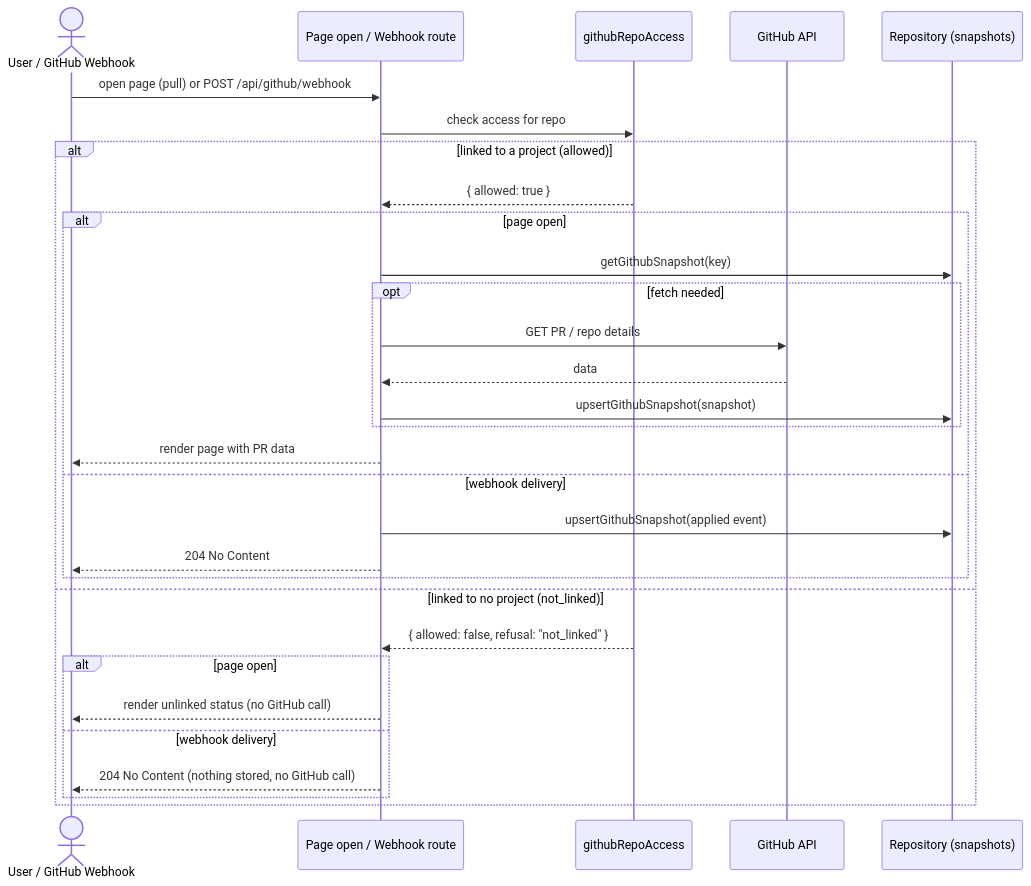
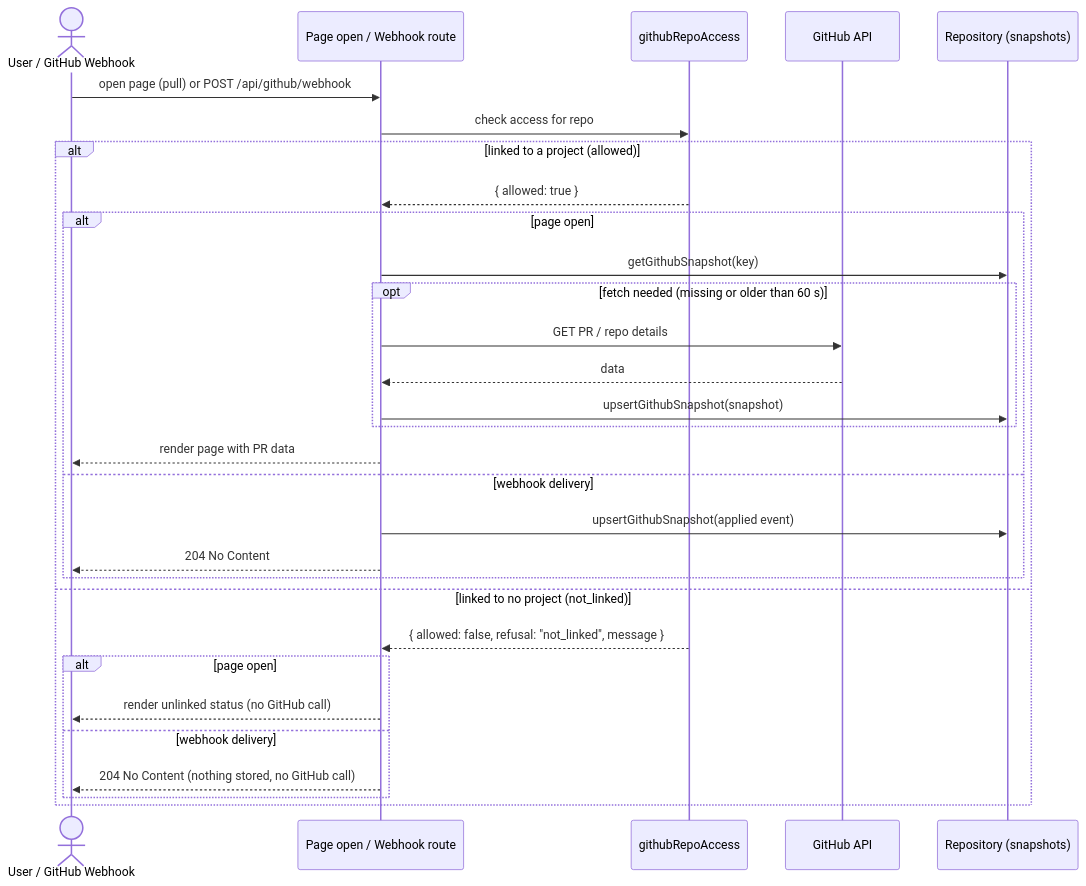
Before and after one commit to nnminh-sam/my-pm-agent: the second of 3 diagrams in docs/features/personal-only/sequences.md, drawn with Mermaid. The commit also changed other lines of this file and 3 other files, not shown here.

````diff
--- a/docs/features/personal-only/sequences.md
+++ b/docs/features/personal-only/sequences.md
@@ -9,34 +32,34 @@
 ```mermaid
 sequenceDiagram
   actor Caller as User / GitHub Webhook
   participant App as Page open / Webhook route
   participant Gate as githubRepoAccess
   participant GH as GitHub API
   participant Store as Repository (snapshots)
 
   Caller->>App: open page (pull) or POST /api/github/webhook
   App->>Gate: check access for repo
 
   alt linked to a project (allowed)
     Gate-->>App: { allowed: true }
     alt page open
       App->>Store: getGithubSnapshot(key)
-      opt fetch needed
+      opt fetch needed (missing or older than 60 s)
         App->>GH: GET PR / repo details
         GH-->>App: data
         App->>Store: upsertGithubSnapshot(snapshot)
       end
       App-->>Caller: render page with PR data
     else webhook delivery
       App->>Store: upsertGithubSnapshot(applied event)
       App-->>Caller: 204 No Content
     end
   else linked to no project (not_linked)
-    Gate-->>App: { allowed: false, refusal: "not_linked" }
+    Gate-->>App: { allowed: false, refusal: "not_linked", message }
     alt page open
       App-->>Caller: render unlinked status (no GitHub call)
     else webhook delivery
       App-->>Caller: 204 No Content (nothing stored, no GitHub call)
     end
   end
 ```
````
